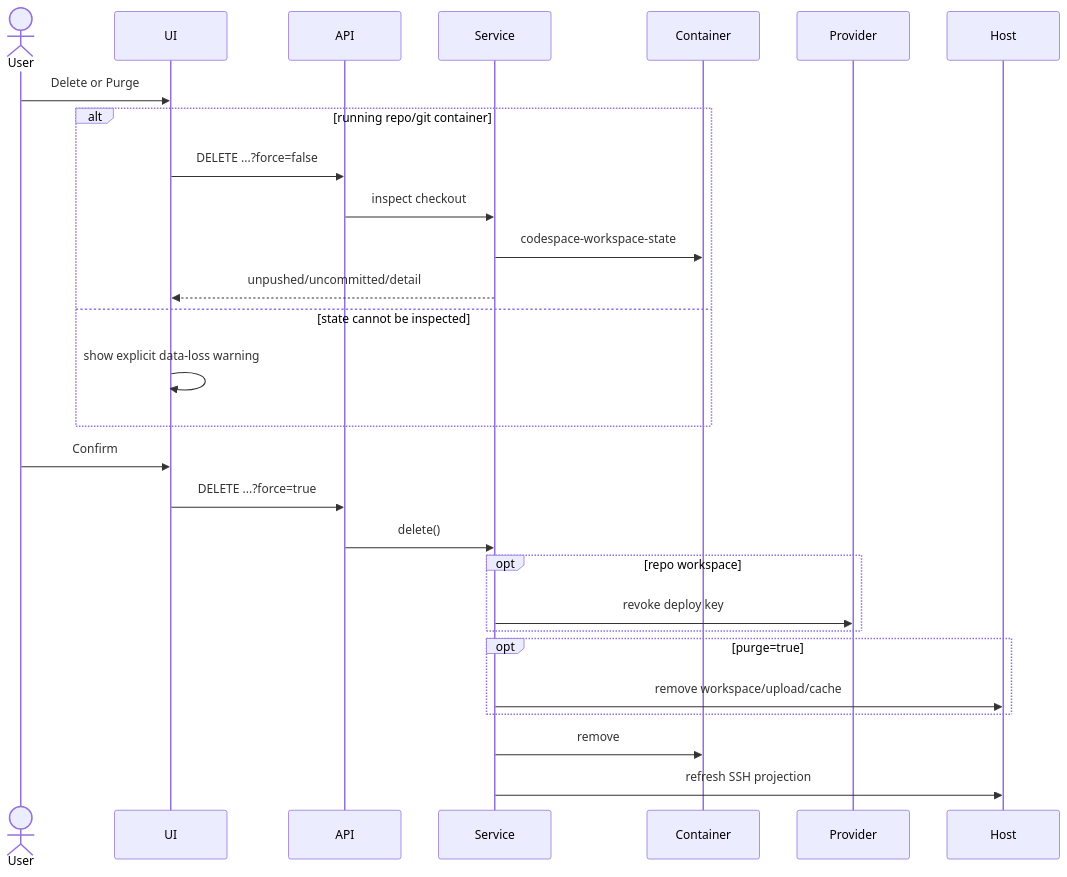
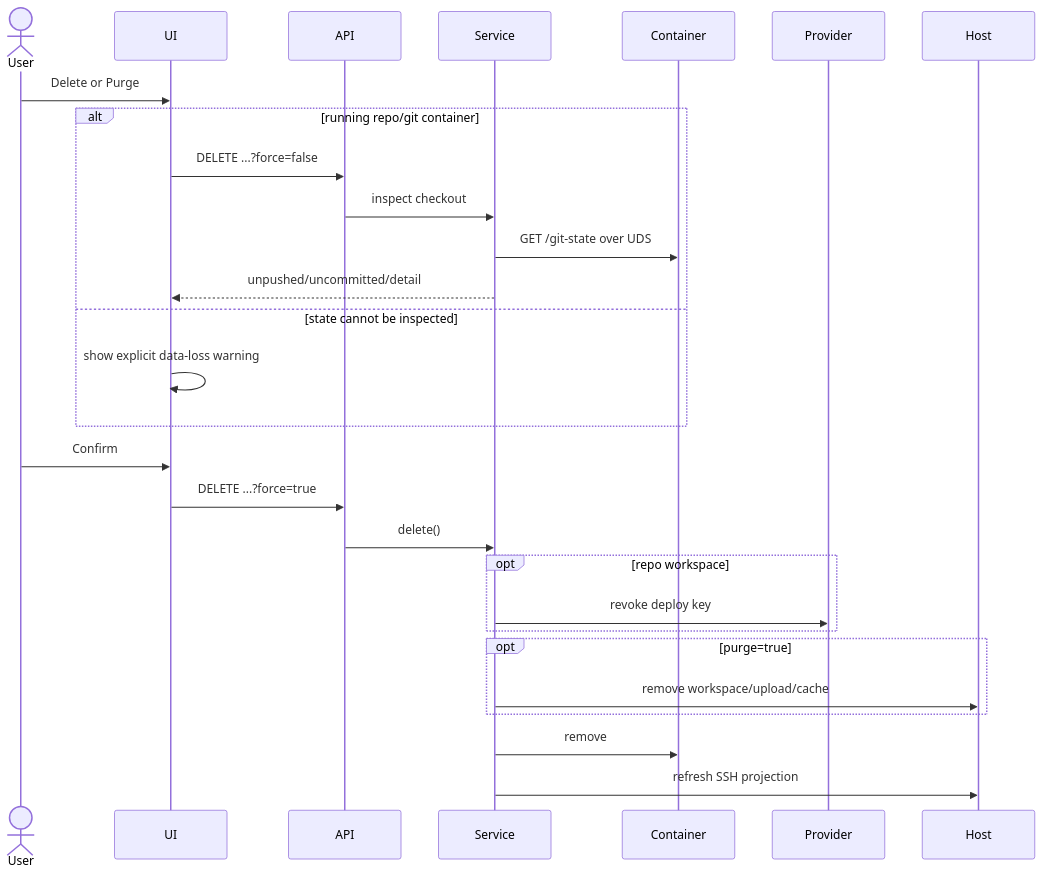
Before and after one commit to curoky/codespace: the seventh of 9 diagrams in controller/DESIGN.md, drawn with Mermaid. The commit also changed other lines of this file and 42 other files, not shown here.

First line of the commit message:
feat: add container-side workspace agent and integrate with control plane

````diff
--- a/controller/DESIGN.md
+++ b/controller/DESIGN.md
@@ -235,31 +254,31 @@
 ```mermaid
 sequenceDiagram
     actor User
     participant UI
     participant API
     participant Service
     participant Container
     participant Provider
     participant Host
 
     User->>UI: Delete or Purge
     alt running repo/git container
         UI->>API: DELETE ...?force=false
         API->>Service: inspect checkout
-        Service->>Container: codespace-workspace-state
+        Service->>Container: GET /git-state over UDS
         Service-->>UI: unpushed/uncommitted/detail
     else state cannot be inspected
         UI->>UI: show explicit data-loss warning
     end
     User->>UI: Confirm
     UI->>API: DELETE ...?force=true
     API->>Service: delete()
     opt repo workspace
         Service->>Provider: revoke deploy key
     end
     opt purge=true
         Service->>Host: remove workspace/upload/cache
     end
     Service->>Container: remove
     Service->>Host: refresh SSH projection
 ```
````
